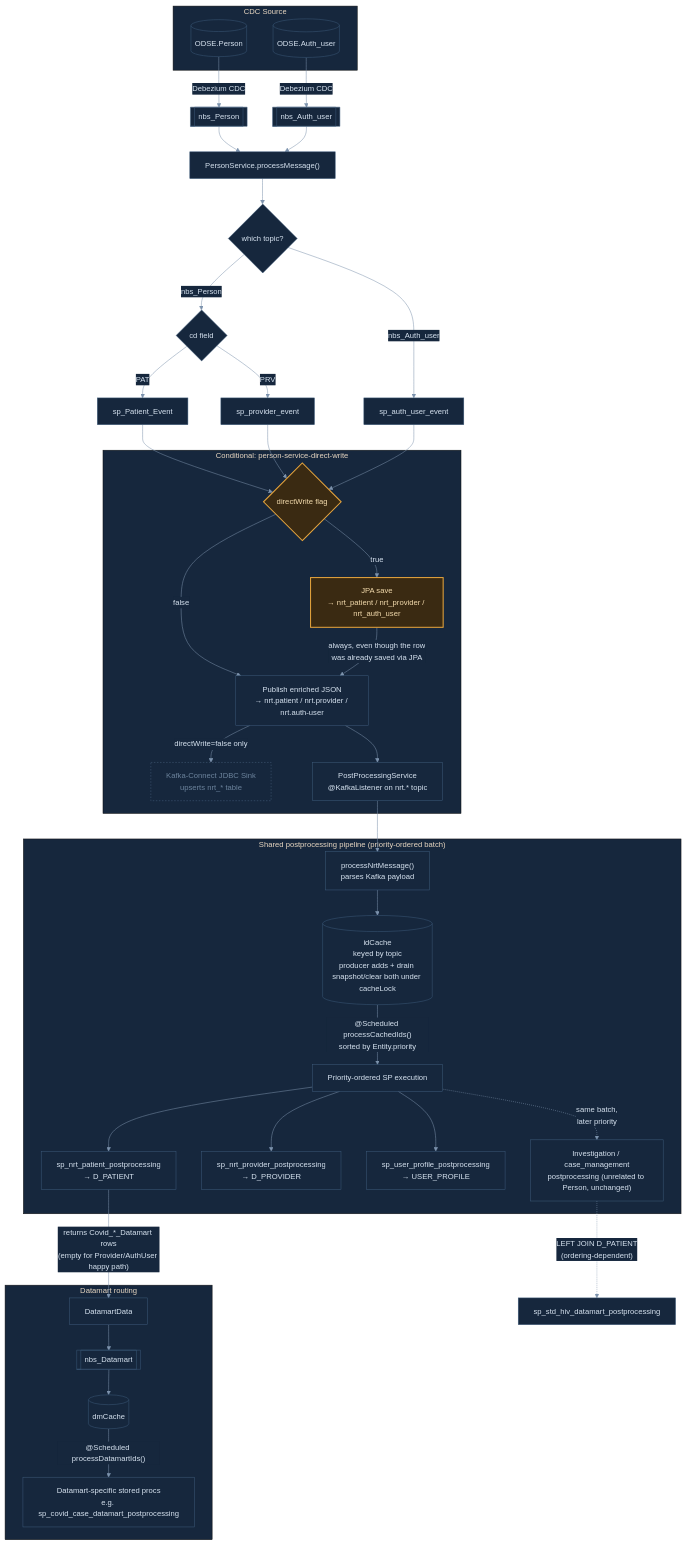
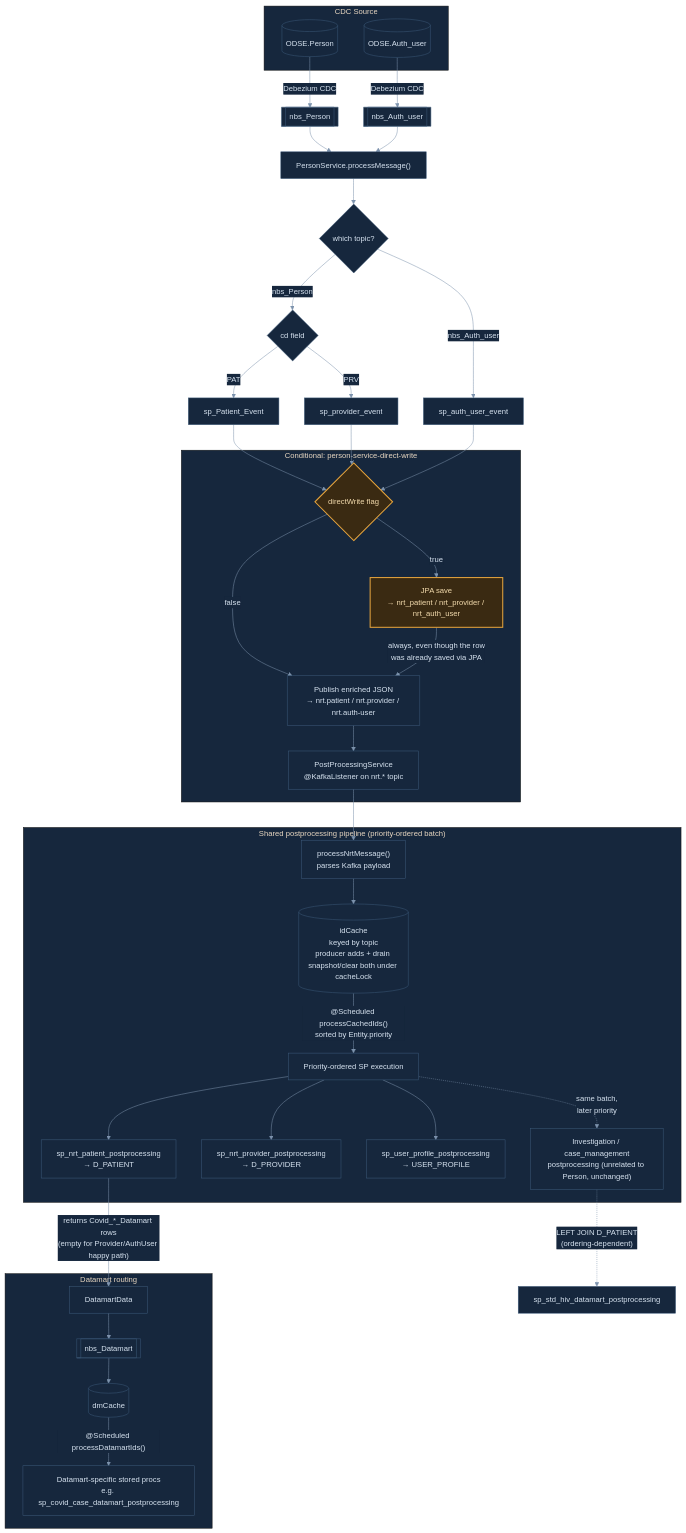
Before and after one commit to CDCgov/NEDSS-DataReporting: the diagram in reporting-pipeline-service/src/main/java/gov/cdc/nbs/report/pipeline/person/ARCHITECTURE.md, drawn with Mermaid.

Commit message:
fixed a branch

````diff
--- a/reporting-pipeline-service/src/main/java/gov/cdc/nbs/report/pipeline/person/ARCHITECTURE.md
+++ b/reporting-pipeline-service/src/main/java/gov/cdc/nbs/report/pipeline/person/ARCHITECTURE.md
@@ -7,69 +7,68 @@
 ```mermaid
 %%{init: {'theme': 'base', 'themeVariables': {
   'primaryColor': '#16273d',
   'primaryTextColor': '#d7e3f0',
   'primaryBorderColor': '#3d5a7a',
   'lineColor': '#7d93ad',
   'secondaryColor': '#16273d',
   'tertiaryColor': '#16273d',
   'fontFamily': 'ui-monospace, SFMono-Regular, Consolas, monospace',
   'fontSize': '15px'
 }}}%%
 flowchart TD
     subgraph SRC["CDC Source"]
         ODSEPerson[(ODSE.Person)]
         ODSEAuthUser[(ODSE.Auth_user)]
     end
 
     ODSEPerson -->|Debezium CDC| TopicPerson[["nbs_Person"]]
     ODSEAuthUser -->|Debezium CDC| TopicAuthUser[["nbs_Auth_user"]]
 
     TopicPerson --> PS["PersonService.processMessage()"]
     TopicAuthUser --> PS
 
     PS --> TopicSwitch{"which topic?"}
     TopicSwitch -->|nbs_Person| CdSwitch{"cd field"}
     TopicSwitch -->|nbs_Auth_user| ComputeAuthUser["sp_auth_user_event"]
 
     CdSwitch -->|PAT| ComputePatient["sp_Patient_Event"]
     CdSwitch -->|PRV| ComputeProvider["sp_provider_event"]
 
     subgraph DIRECTWRITE["Conditional: person-service-direct-write"]
         DW{"directWrite flag"}
         DW -->|true| JpaSave["JPA save<br/>→ nrt_patient / nrt_provider / nrt_auth_user"]
         DW -->|false| KafkaPublish["Publish enriched JSON<br/>→ nrt.patient / nrt.provider / nrt.auth-user"]
         JpaSave -->|"always, even though the row<br/>was already saved via JPA"| KafkaPublish
-        KafkaPublish -->|"directWrite=false only"| KafkaConnect["Kafka-Connect JDBC Sink<br/>upserts nrt_* table"]
         KafkaPublish --> PPListener["PostProcessingService<br/>@KafkaListener on nrt.* topic"]
     end
 
     ComputePatient --> DW
     ComputeProvider --> DW
     ComputeAuthUser --> DW
 
     PPListener --> ProcessNrt["processNrtMessage()<br/>parses Kafka payload"]
 
     subgraph POSTPROC["Shared postprocessing pipeline (priority-ordered batch)"]
         ProcessNrt --> IdCache[("idCache<br/>keyed by topic<br/>producer adds + drain snapshot/clear both under cacheLock")]
         IdCache -->|"@Scheduled processCachedIds()<br/>sorted by Entity.priority"| Drain["Priority-ordered SP execution"]
         Drain --> PatientSP["sp_nrt_patient_postprocessing<br/>→ D_PATIENT"]
         Drain --> ProviderSP["sp_nrt_provider_postprocessing<br/>→ D_PROVIDER"]
         Drain --> AuthUserSP["sp_user_profile_postprocessing<br/>→ USER_PROFILE"]
         Drain -.->|"same batch,<br/>later priority"| InvSP["Investigation / case_management<br/>postprocessing (unrelated to Person, unchanged)"]
     end
 
     PatientSP -->|"returns Covid_*_Datamart rows<br/>(empty for Provider/AuthUser happy path)"| DmData["DatamartData"]
 
     subgraph DATAMART["Datamart routing"]
         DmData --> DatamartTopic[["nbs_Datamart"]]
         DatamartTopic --> DmCache[("dmCache")]
         DmCache -->|"@Scheduled processDatamartIds()"| DatamartSP["Datamart-specific stored procs<br/>e.g. sp_covid_case_datamart_postprocessing"]
     end
 
     InvSP -.->|"LEFT JOIN D_PATIENT<br/>(ordering-dependent)"| DatamartSP2["sp_std_hiv_datamart_postprocessing"]
 
     classDef highlight fill:#3a2a12,stroke:#e7a53d,color:#f4dcae,stroke-width:2px;
     classDef muted fill:#16273d,stroke:#48607e,color:#6c839c,stroke-dasharray: 3 3;
     class DW,JpaSave highlight;
     class KafkaConnect muted;
 ```
````
